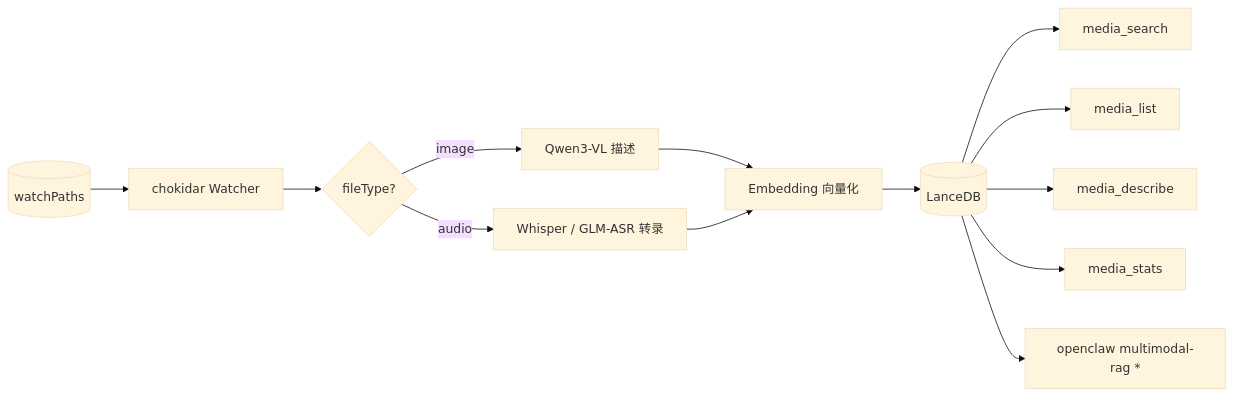
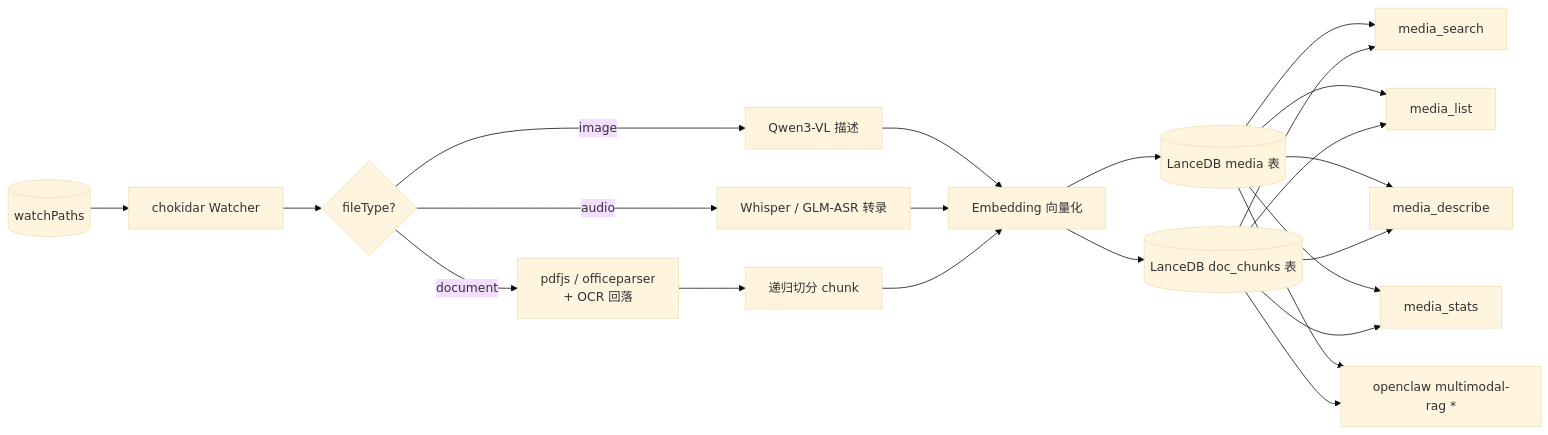
Before and after one commit to HzTTT/multimodal-rag: the diagram in README.md, drawn with Mermaid (base theme). The commit also changed other lines of this file and 26 other files, not shown here.

````diff
--- a/README.md
+++ b/README.md
@@ -5,15 +5,24 @@
 ```mermaid
 flowchart LR
   WP[(watchPaths)] --> W[chokidar Watcher]
   W --> P{fileType?}
   P -- image --> V[Qwen3-VL 描述]
   P -- audio --> A[Whisper / GLM-ASR 转录]
+  P -- document --> D[pdfjs / officeparser<br/>+ OCR 回落]
+  D --> C[递归切分 chunk]
   V --> E[Embedding 向量化]
   A --> E
-  E --> S[(LanceDB)]
-  S --> T1[media_search]
-  S --> T2[media_list]
-  S --> T3[media_describe]
-  S --> T4[media_stats]
-  S --> CLI[openclaw multimodal-rag *]
+  C --> E
+  E --> M[(LanceDB media 表)]
+  E --> B[(LanceDB doc_chunks 表)]
+  M --> T1[media_search]
+  B --> T1
+  M --> T2[media_list]
+  B --> T2
+  M --> T3[media_describe]
+  B --> T3
+  M --> T4[media_stats]
+  B --> T4
+  M --> CLI[openclaw multimodal-rag *]
+  B --> CLI
 ```
````
